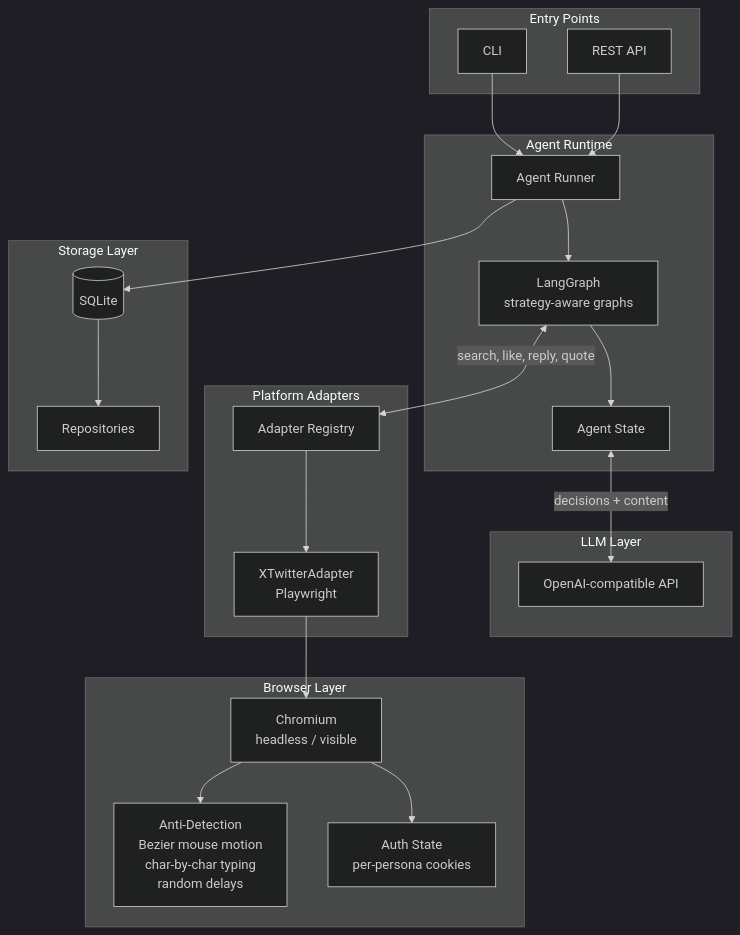
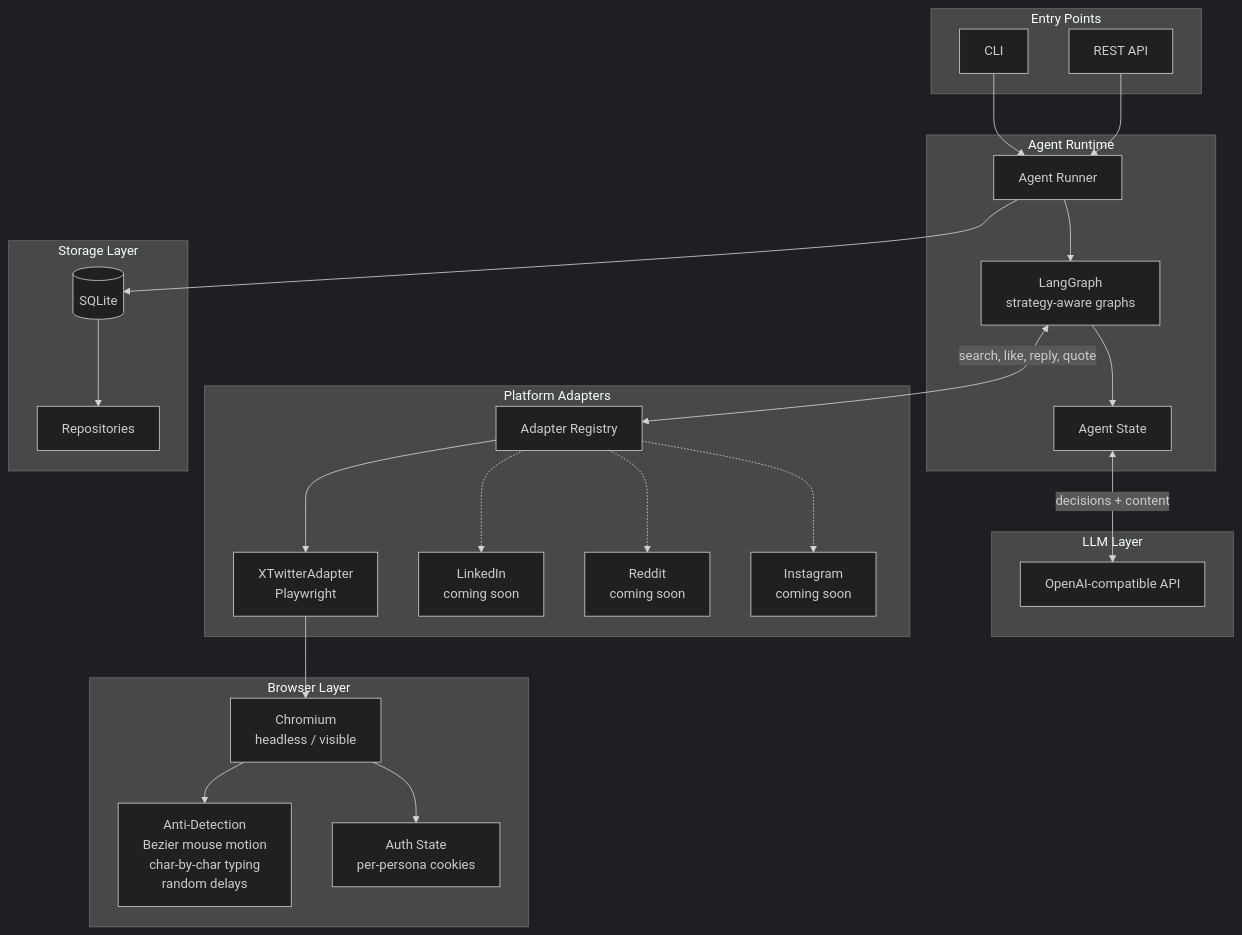
Before and after one commit to yumpyy/x-persona: the diagram in README.md, drawn with Mermaid (dark theme).

Commit message:
docs: add LinkedIn, Reddit, Instagram as coming soon

````diff
--- a/README.md
+++ b/README.md
@@ -16,51 +16,57 @@
 ```mermaid
 graph TB
     subgraph "Entry Points"
         CLI[CLI]
         API[REST API]
     end
 
     subgraph "Agent Runtime"
         Runner["Agent Runner"]
         Graph["LangGraph<br/>strategy-aware graphs"]
         State["Agent State"]
 
         Runner --> Graph
         Graph --> State
     end
 
     CLI --> Runner
     API --> Runner
 
     subgraph "LLM Layer"
         LLM["OpenAI-compatible API"]
     end
 
     State <-->|decisions + content| LLM
 
     subgraph "Platform Adapters"
         Registry["Adapter Registry"]
         X["XTwitterAdapter<br/>Playwright"]
+        LI["LinkedIn<br/>coming soon"]
+        RD["Reddit<br/>coming soon"]
+        IG["Instagram<br/>coming soon"]
         Registry --> X
+        Registry -.-> LI
+        Registry -.-> RD
+        Registry -.-> IG
     end
 
     Graph <-->|search, like, reply, quote| Registry
 
     subgraph "Browser Layer"
         Browser["Chromium<br/>headless / visible"]
         AntiDet["Anti-Detection<br/>Bezier mouse motion<br/>char-by-char typing<br/>random delays"]
         Auth["Auth State<br/>per-persona cookies"]
     end
 
     X --> Browser
     Browser --> AntiDet
     Browser --> Auth
 
     subgraph "Storage Layer"
         DB[(SQLite)]
         Repos["Repositories"]
     end
 
     Runner --> DB
     DB --> Repos
 ```
````
